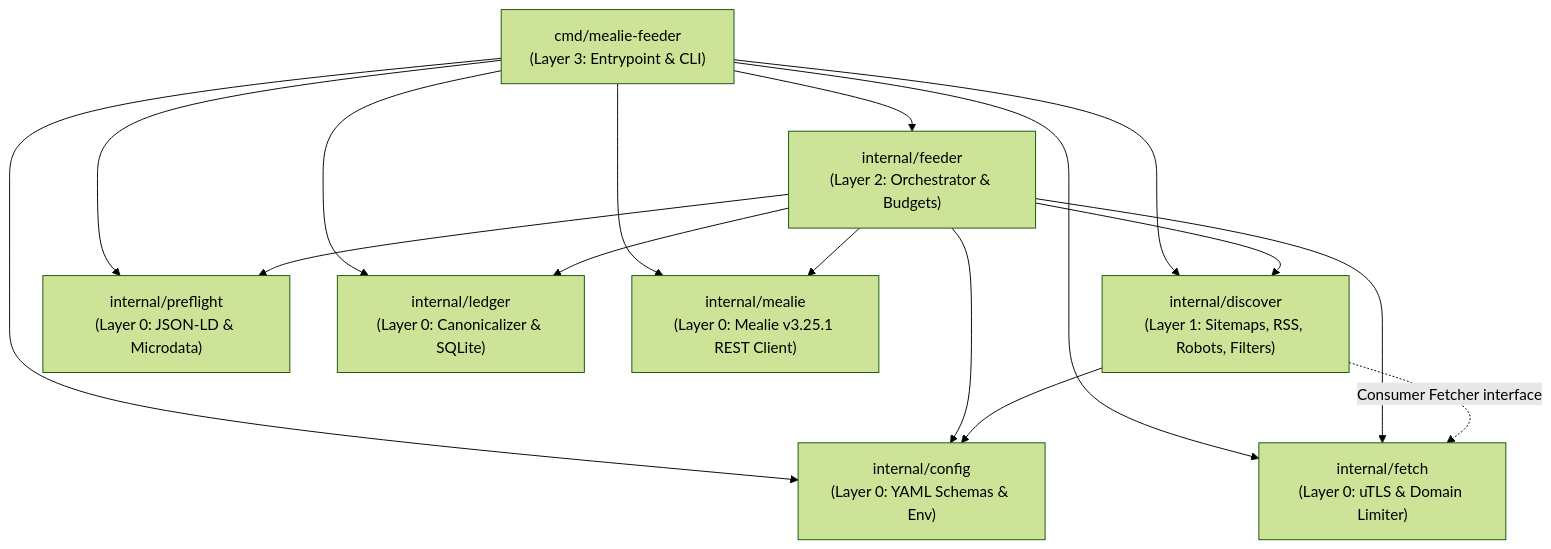
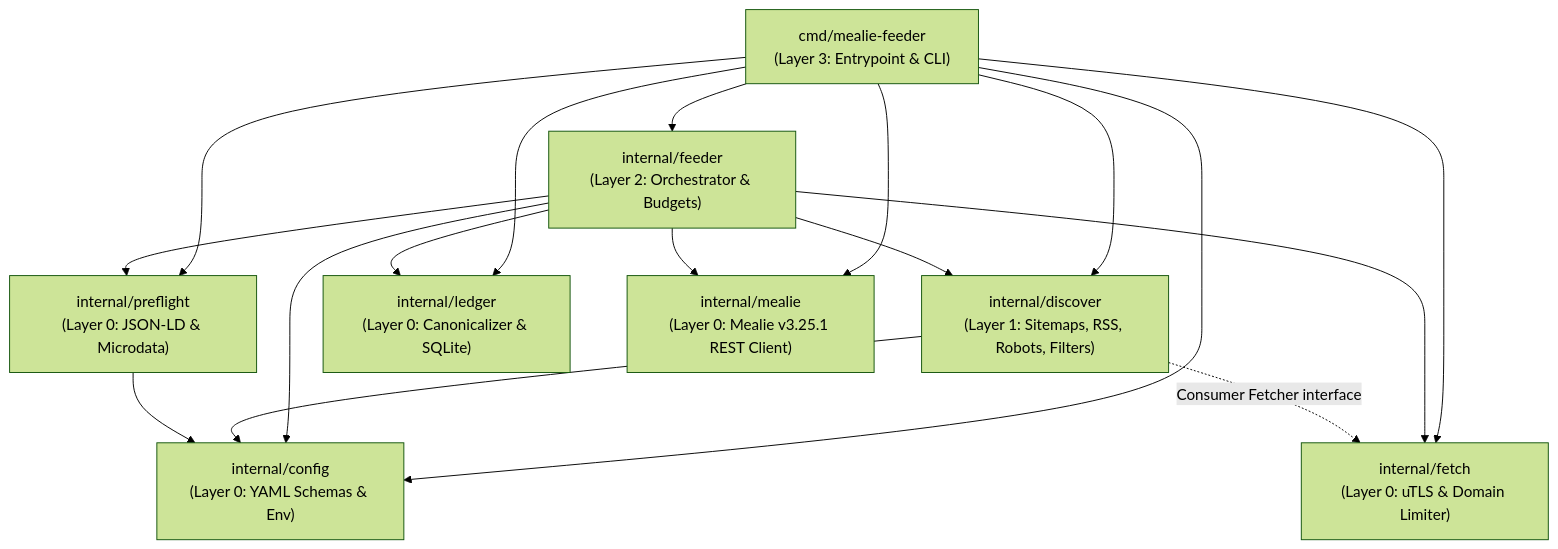
Before and after one commit to paulojauregui/mealie-feeder: the first of 3 diagrams in docs/ARCHITECTURE.md, drawn with Mermaid (forest theme). The commit also changed other lines of this file and 6 other files, not shown here.

````diff
--- a/docs/ARCHITECTURE.md
+++ b/docs/ARCHITECTURE.md
@@ -86,29 +86,31 @@
 ```mermaid
 flowchart TD
     CLI["cmd/mealie-feeder<br/>(Layer 3: Entrypoint & CLI)"]
     Feeder["internal/feeder<br/>(Layer 2: Orchestrator & Budgets)"]
     Discover["internal/discover<br/>(Layer 1: Sitemaps, RSS, Robots, Filters)"]
     Config["internal/config<br/>(Layer 0: YAML Schemas & Env)"]
     Fetch["internal/fetch<br/>(Layer 0: uTLS & Domain Limiter)"]
     Preflight["internal/preflight<br/>(Layer 0: JSON-LD & Microdata)"]
     Ledger["internal/ledger<br/>(Layer 0: Canonicalizer & SQLite)"]
     Mealie["internal/mealie<br/>(Layer 0: Mealie v3.25.1 REST Client)"]
 
     CLI --> Feeder
     CLI --> Config
     CLI --> Ledger
     CLI --> Fetch
     CLI --> Preflight
     CLI --> Mealie
     CLI --> Discover
 
     Feeder --> Config
     Feeder --> Discover
     Feeder --> Fetch
     Feeder --> Preflight
     Feeder --> Ledger
     Feeder --> Mealie
 
     Discover --> Config
     Discover -.->|"Consumer Fetcher interface"| Fetch
+
+    Preflight --> Config
 ```
````
